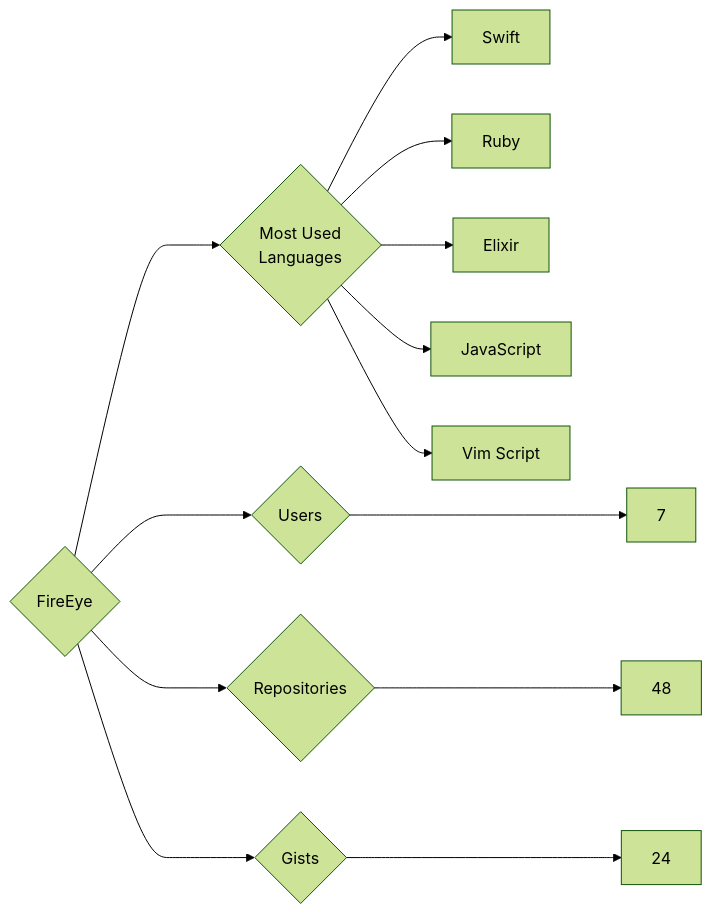
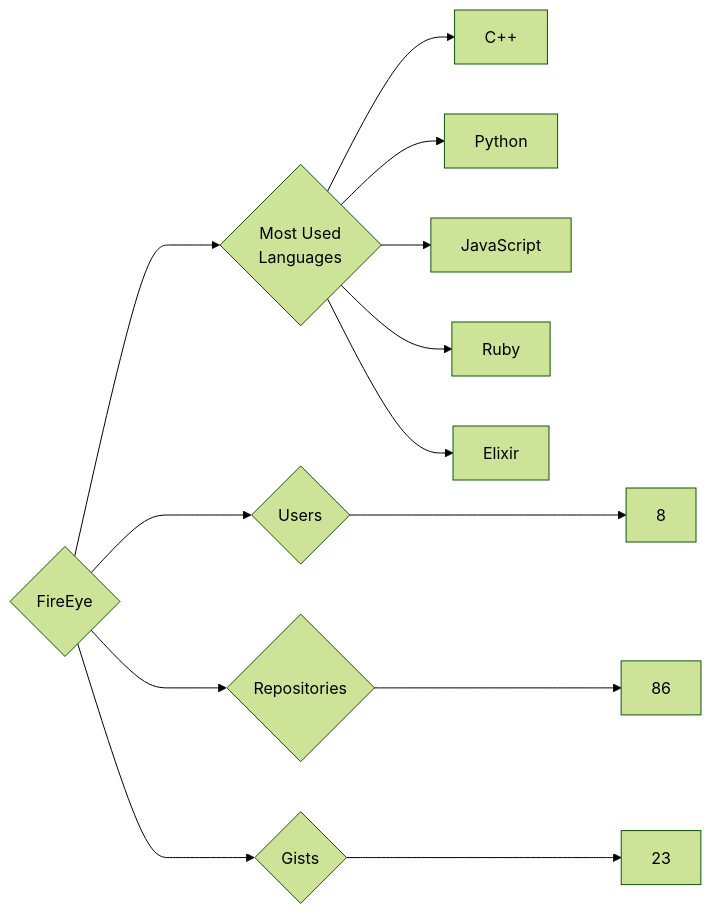
One commit to trickest/insiders changed the diagram in targets/FireEye/README.md. Above: the diagram before and after it, drawn with Mermaid (forest theme). The commit also changed 786 other files, not shown here.

````diff
--- a/targets/FireEye/README.md
+++ b/targets/FireEye/README.md
@@ -3,13 +3,13 @@
 ```mermaid
 graph LR
 COMPANY_NAME{FireEye}
-COMPANY_NAME ---> U{Users} ---> UN[7]
-COMPANY_NAME ---> R{Repositories} ---> RN[48]
-COMPANY_NAME ---> G{Gists} ---> GN[24]
+COMPANY_NAME ---> U{Users} ---> UN[8]
+COMPANY_NAME ---> R{Repositories} ---> RN[86]
+COMPANY_NAME ---> G{Gists} ---> GN[23]
 COMPANY_NAME ---> ML{Most Used<br>Languages}
-ML --> Swift[Swift]
+ML --> C++[C++]
+ML --> Python[Python]
+ML --> JavaScript[JavaScript]
 ML --> Ruby[Ruby]
 ML --> Elixir[Elixir]
-ML --> JavaScript[JavaScript]
-ML --> Vim_Script[Vim Script]
 ```
````
